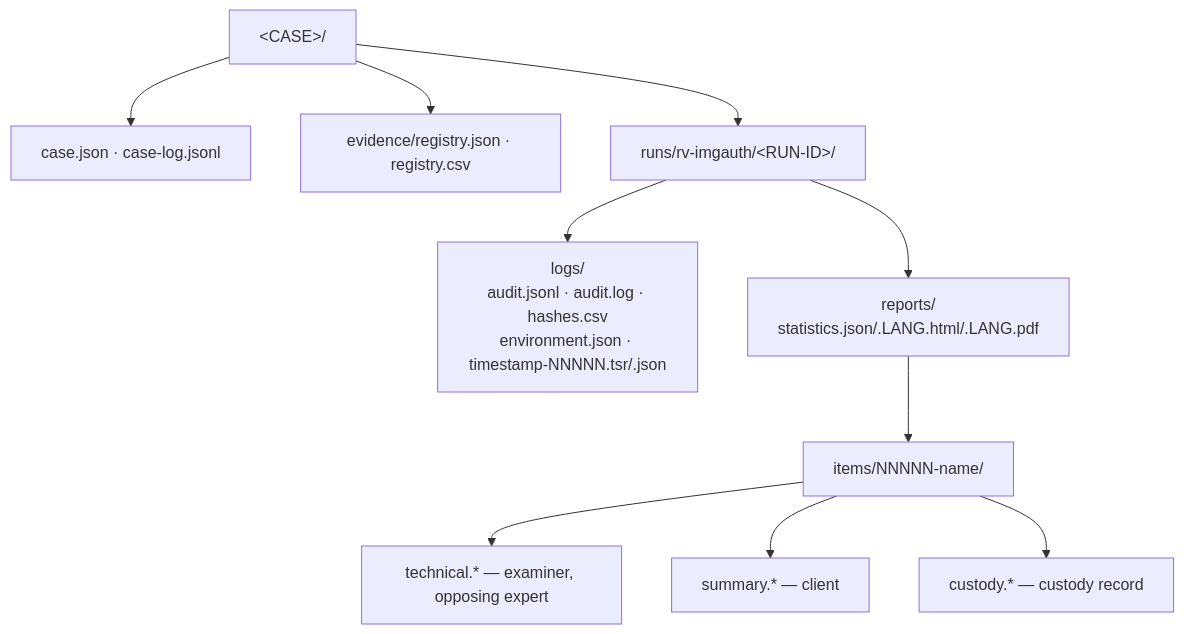
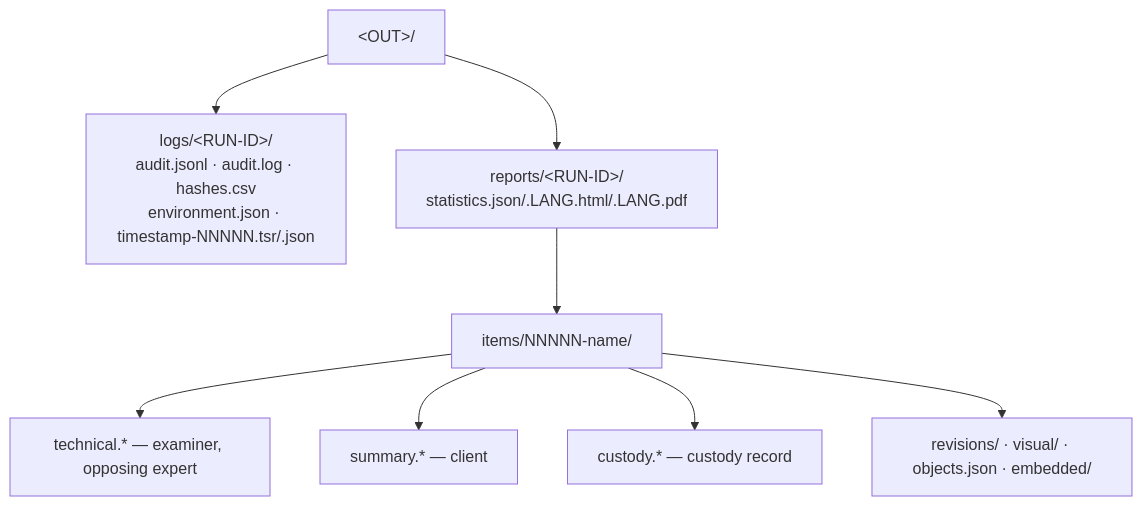
One commit to Panacota96/rv-imgauth changed the third of 4 diagrams in docs/usage.md. Above: the diagram before and after it, drawn with Mermaid. The commit also changed other lines of this file and 84 other files, not shown here.

````diff
--- a/docs/usage.md
+++ b/docs/usage.md
@@ -150,12 +150,10 @@
 ```mermaid
 flowchart TB
-    CASE["&lt;CASE&gt;/"] --> CJ["case.json · case-log.jsonl"]
-    CASE --> EV["evidence/registry.json · registry.csv"]
-    CASE --> RUN["runs/rv-imgauth/&lt;RUN-ID&gt;/"]
-    RUN --> L["logs/<br/>audit.jsonl · audit.log · hashes.csv<br/>environment.json · timestamp-NNNNN.tsr/.json"]
-    RUN --> R["reports/<br/>statistics.json/.LANG.html/.LANG.pdf"]
+    OUT["&lt;OUT&gt;/"] --> L["logs/&lt;RUN-ID&gt;/<br/>audit.jsonl · audit.log · hashes.csv<br/>environment.json · timestamp-NNNNN.tsr/.json"]
+    OUT --> R["reports/&lt;RUN-ID&gt;/<br/>statistics.json/.LANG.html/.LANG.pdf"]
     R --> I["items/NNNNN-name/"]
     I --> T["technical.* — examiner, opposing expert"]
     I --> S["summary.* — client"]
     I --> K["custody.* — custody record"]
+    I --> D["revisions/ · visual/ · objects.json · embedded/"]
 ```
````
